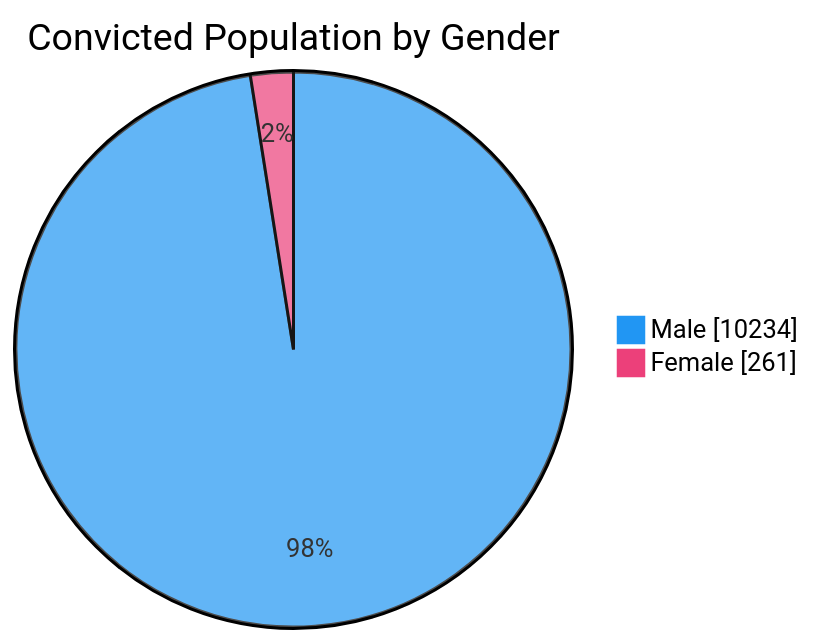
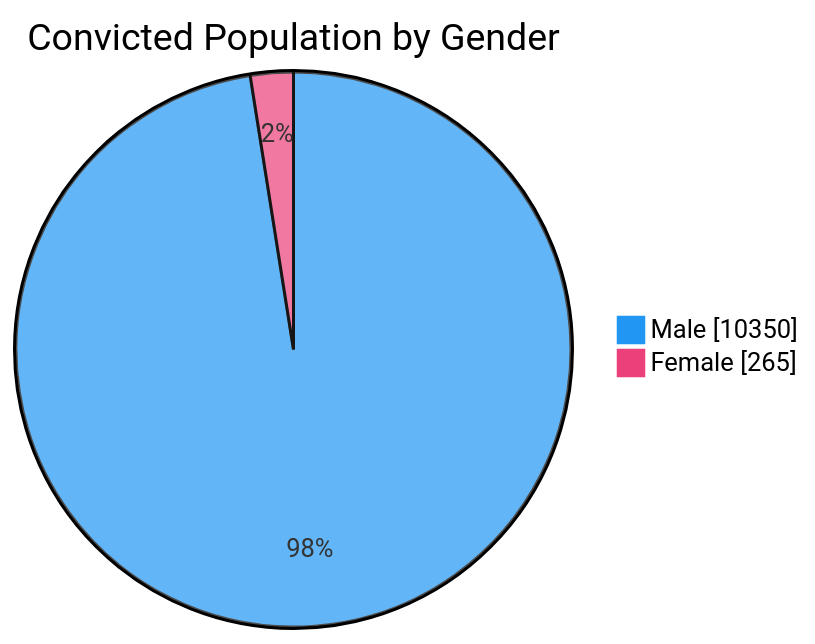
Before and after one commit to nuuuwan/lk_prisons: the third of 7 diagrams in README.md, drawn with Mermaid. The commit also changed other lines of this file and 1 other file, not shown here.

````diff
--- a/README.md
+++ b/README.md
@@ -65,6 +65,6 @@
 ```mermaid
 %%{init: {'themeVariables': {'pie1': '#2196F3', 'pie2': '#EC407A'}}}%%
 pie showData title Convicted Population by Gender
-    "Male" : 10234
-    "Female" : 261
+    "Male" : 10350
+    "Female" : 265
 ```
````
